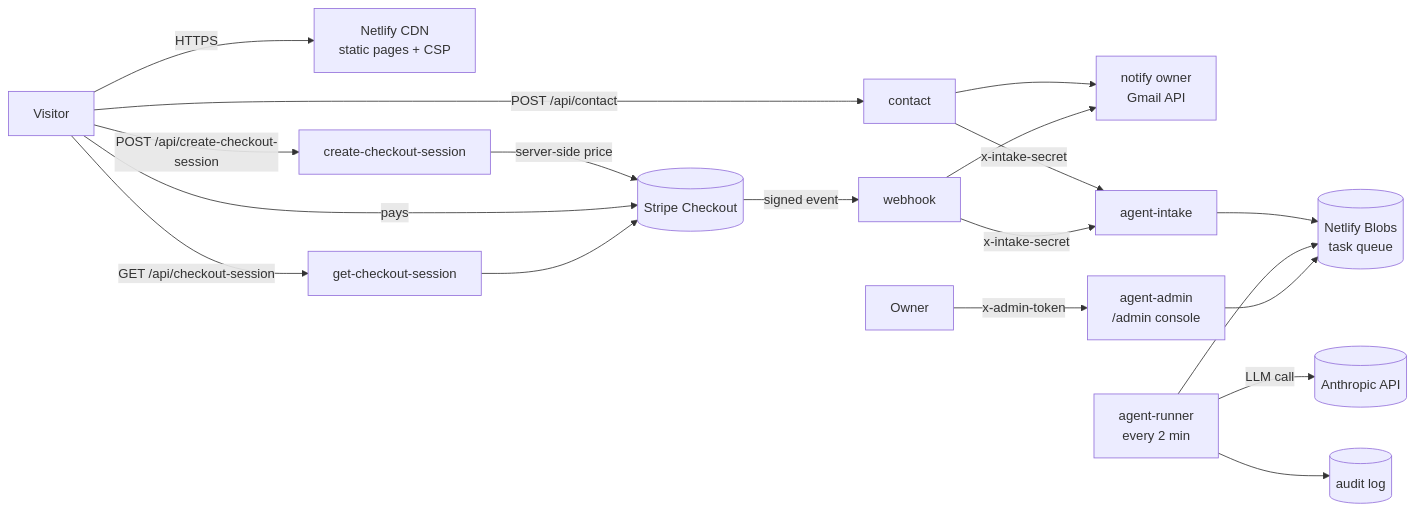
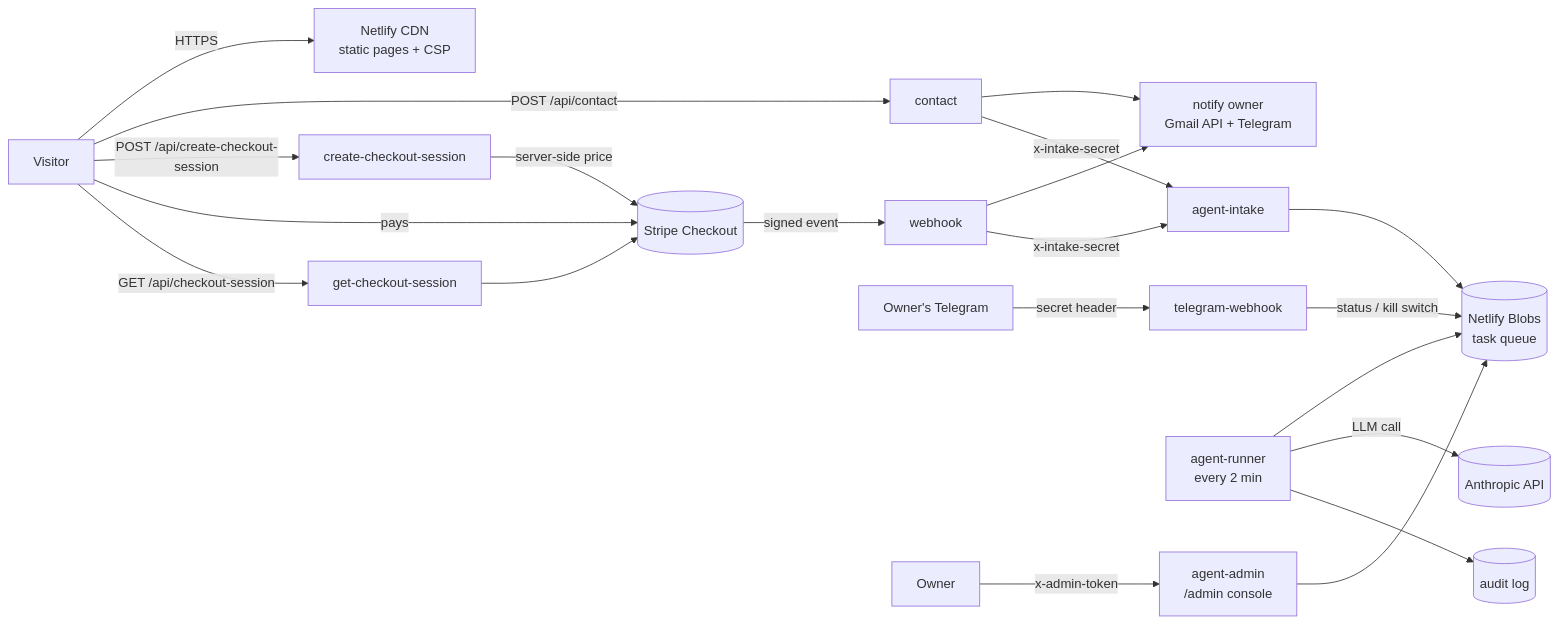
Before and after one commit to Ciuburik/secure-serverless-payments: the diagram in README.md, drawn with Mermaid. The commit also changed other lines of this file and 7 other files, not shown here.

First line of the commit message:
Add Telegram owner alerts and a control bot

````diff
--- a/README.md
+++ b/README.md
@@ -21,19 +22,20 @@
 ```mermaid
 flowchart LR
   V[Visitor] -->|HTTPS| CDN[Netlify CDN<br/>static pages + CSP]
   V -->|POST /api/contact| C[contact]
   V -->|POST /api/create-checkout-session| CO[create-checkout-session]
   CO -->|server-side price| S[(Stripe Checkout)]
   V -->|pays| S
   S -->|signed event| W[webhook]
   V -->|GET /api/checkout-session| G[get-checkout-session] --> S
-  C --> N[notify owner<br/>Gmail API]
+  C --> N[notify owner<br/>Gmail API + Telegram]
   W --> N
+  T[Owner's Telegram] -->|secret header| TW[telegram-webhook] -->|status / kill switch| Q
   C -->|x-intake-secret| I[agent-intake]
   W -->|x-intake-secret| I
   I --> Q[(Netlify Blobs<br/>task queue)]
   R[agent-runner<br/>every 2 min] --> Q
   R -->|LLM call| A[(Anthropic API)]
   R --> L[(audit log)]
   O[Owner] -->|x-admin-token| AD[agent-admin<br/>/admin console] --> Q
 ```
````
